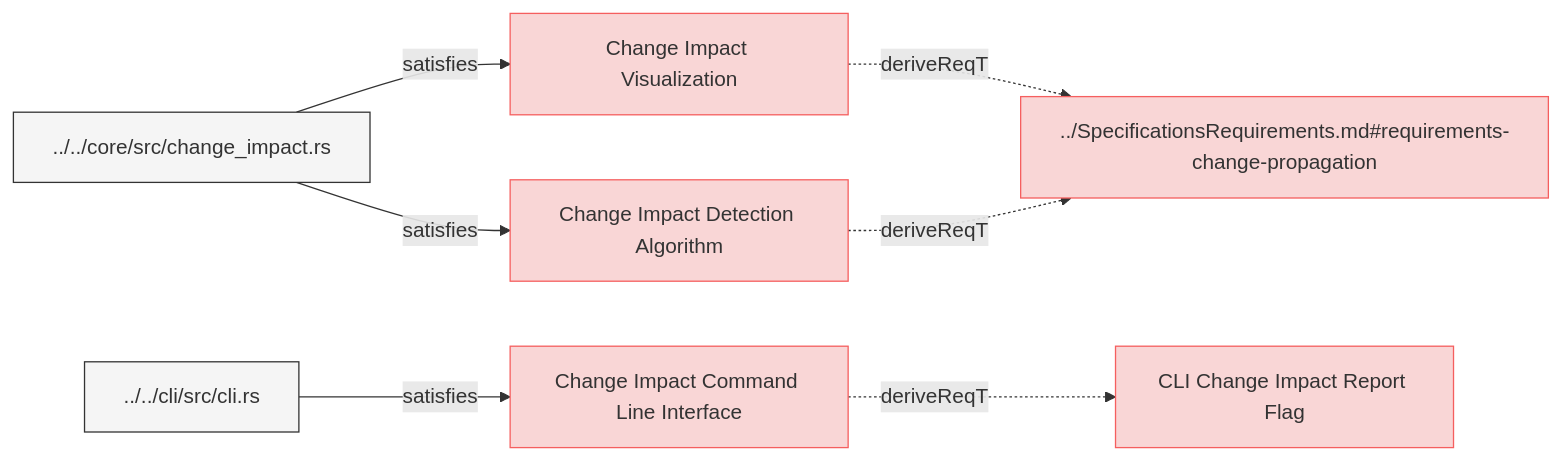
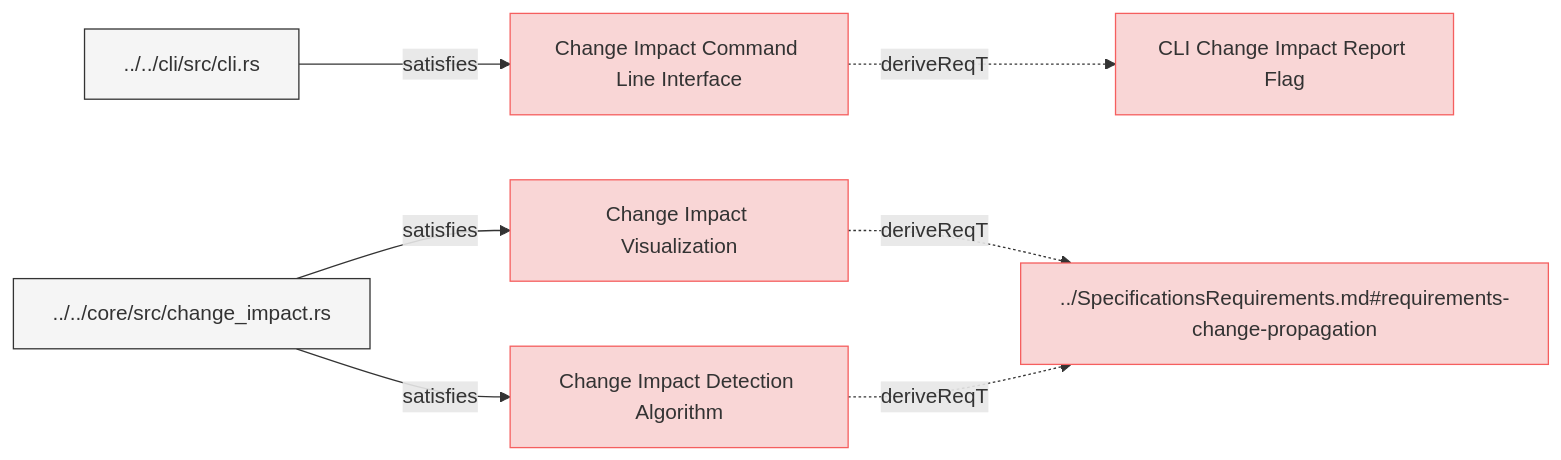
The diagram in specifications/SystemRequirements/ChangeImpactPropagation.md (reqvire-org/reqvire), drawn with Mermaid before and after one commit. The commit also changed 17 other files, not shown here.

Commit message:
Auto-generate diagrams after PR merge to main

````diff
--- a/specifications/SystemRequirements/ChangeImpactPropagation.md
+++ b/specifications/SystemRequirements/ChangeImpactPropagation.md
@@ -6,36 +6,36 @@
 ```mermaid
 graph LR;
   %% Graph styling
   classDef requirement fill:#f9d6d6,stroke:#f55f5f,stroke-width:1px;
   classDef verification fill:#d6f9d6,stroke:#5fd75f,stroke-width:1px;
   classDef externalLink fill:#d0e0ff,stroke:#3080ff,stroke-width:1px;
   classDef default fill:#f5f5f5,stroke:#333333,stroke-width:1px;
 
-  c23729cc550de84b["Change Impact Visualization"];
-  click c23729cc550de84b "https://github.com/ilijaljubicic/ReqFlow/blob/29a17f176519a28e973567d4102beb95f41075ed/specifications/SystemRequirements/ChangeImpactPropagation.md#change-impact-visualization";
-  class c23729cc550de84b requirement;
-  745439d5fc0154d1["../SpecificationsRequirements.md#requirements-change-propagation"];
-  class 745439d5fc0154d1 requirement;
-  click 745439d5fc0154d1 "https://github.com/ilijaljubicic/ReqFlow/blob/29a17f176519a28e973567d4102beb95f41075ed/specifications/SpecificationsRequirements.md#requirements-change-propagation";
-  c23729cc550de84b -.->|deriveReqT| 745439d5fc0154d1;
-  cc976e6bcded86e7["../../core/src/change_impact.rs"];
-  class cc976e6bcded86e7 default;
-  click cc976e6bcded86e7 "https://github.com/ilijaljubicic/ReqFlow/blob/29a17f176519a28e973567d4102beb95f41075ed/core/src/change_impact.rs";
-  cc976e6bcded86e7 -->|satisfies| c23729cc550de84b;
-  d17b0775f448b19b["Change Impact Detection Algorithm"];
-  click d17b0775f448b19b "https://github.com/ilijaljubicic/ReqFlow/blob/29a17f176519a28e973567d4102beb95f41075ed/specifications/SystemRequirements/ChangeImpactPropagation.md#change-impact-detection-algorithm";
-  class d17b0775f448b19b requirement;
-  d17b0775f448b19b -.->|deriveReqT| 745439d5fc0154d1;
-  cc976e6bcded86e7 -->|satisfies| d17b0775f448b19b;
-  6e747b7f03732873["Change Impact Command Line Interface"];
-  click 6e747b7f03732873 "https://github.com/ilijaljubicic/ReqFlow/blob/29a17f176519a28e973567d4102beb95f41075ed/specifications/SystemRequirements/ChangeImpactPropagation.md#change-impact-command-line-interface";
-  class 6e747b7f03732873 requirement;
-  665b7456c9b61ded["CLI Change Impact Report Flag"];
-  class 665b7456c9b61ded requirement;
-  click 665b7456c9b61ded "https://github.com/ilijaljubicic/ReqFlow/blob/29a17f176519a28e973567d4102beb95f41075ed/specifications/SystemRequirements/Requirements.md#cli-change-impact-report-flag";
-  6e747b7f03732873 -.->|deriveReqT| 665b7456c9b61ded;
-  11ffc4632afd7c4c["../../cli/src/cli.rs"];
-  class 11ffc4632afd7c4c default;
-  click 11ffc4632afd7c4c "https://github.com/ilijaljubicic/ReqFlow/blob/29a17f176519a28e973567d4102beb95f41075ed/cli/src/cli.rs";
-  11ffc4632afd7c4c -->|satisfies| 6e747b7f03732873;
+  75403d710ba5793e["Change Impact Command Line Interface"];
+  click 75403d710ba5793e "https://github.com/ilijaljubicic/ReqFlow/blob/73d5ae1d93adea71fdf4cc508be4d1ae09be068f/specifications/SystemRequirements/ChangeImpactPropagation.md#change-impact-command-line-interface";
+  class 75403d710ba5793e requirement;
+  98cbeaac067febd5["CLI Change Impact Report Flag"];
+  class 98cbeaac067febd5 requirement;
+  click 98cbeaac067febd5 "https://github.com/ilijaljubicic/ReqFlow/blob/73d5ae1d93adea71fdf4cc508be4d1ae09be068f/specifications/SystemRequirements/Requirements.md#cli-change-impact-report-flag";
+  75403d710ba5793e -.->|deriveReqT| 98cbeaac067febd5;
+  b2b6ff676ff5d2cc["../../cli/src/cli.rs"];
+  class b2b6ff676ff5d2cc default;
+  click b2b6ff676ff5d2cc "https://github.com/ilijaljubicic/ReqFlow/blob/73d5ae1d93adea71fdf4cc508be4d1ae09be068f/cli/src/cli.rs";
+  b2b6ff676ff5d2cc -->|satisfies| 75403d710ba5793e;
+  5520915d7ac5a52f["Change Impact Visualization"];
+  click 5520915d7ac5a52f "https://github.com/ilijaljubicic/ReqFlow/blob/73d5ae1d93adea71fdf4cc508be4d1ae09be068f/specifications/SystemRequirements/ChangeImpactPropagation.md#change-impact-visualization";
+  class 5520915d7ac5a52f requirement;
+  9330746134f07478["../SpecificationsRequirements.md#requirements-change-propagation"];
+  class 9330746134f07478 requirement;
+  click 9330746134f07478 "https://github.com/ilijaljubicic/ReqFlow/blob/73d5ae1d93adea71fdf4cc508be4d1ae09be068f/specifications/SpecificationsRequirements.md#requirements-change-propagation";
+  5520915d7ac5a52f -.->|deriveReqT| 9330746134f07478;
+  a2b02da80c17b86f["../../core/src/change_impact.rs"];
+  class a2b02da80c17b86f default;
+  click a2b02da80c17b86f "https://github.com/ilijaljubicic/ReqFlow/blob/73d5ae1d93adea71fdf4cc508be4d1ae09be068f/core/src/change_impact.rs";
+  a2b02da80c17b86f -->|satisfies| 5520915d7ac5a52f;
+  b6dcdc95b5e8f272["Change Impact Detection Algorithm"];
+  click b6dcdc95b5e8f272 "https://github.com/ilijaljubicic/ReqFlow/blob/73d5ae1d93adea71fdf4cc508be4d1ae09be068f/specifications/SystemRequirements/ChangeImpactPropagation.md#change-impact-detection-algorithm";
+  class b6dcdc95b5e8f272 requirement;
+  b6dcdc95b5e8f272 -.->|deriveReqT| 9330746134f07478;
+  a2b02da80c17b86f -->|satisfies| b6dcdc95b5e8f272;
 ```
````
